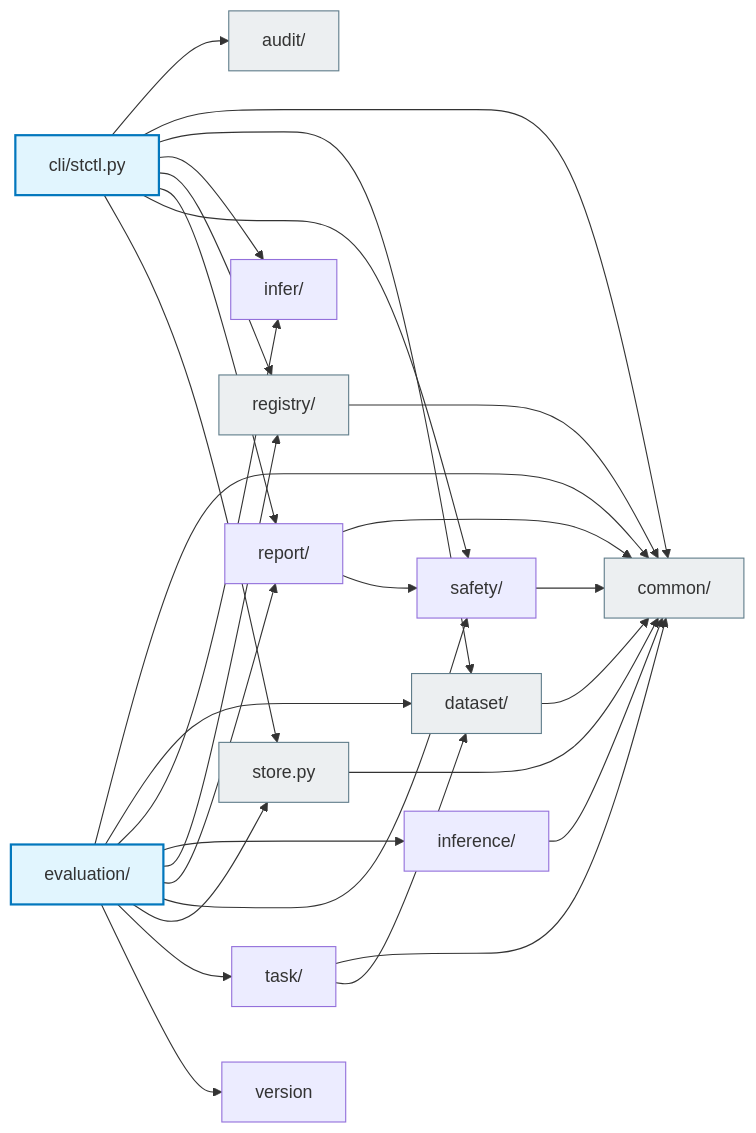
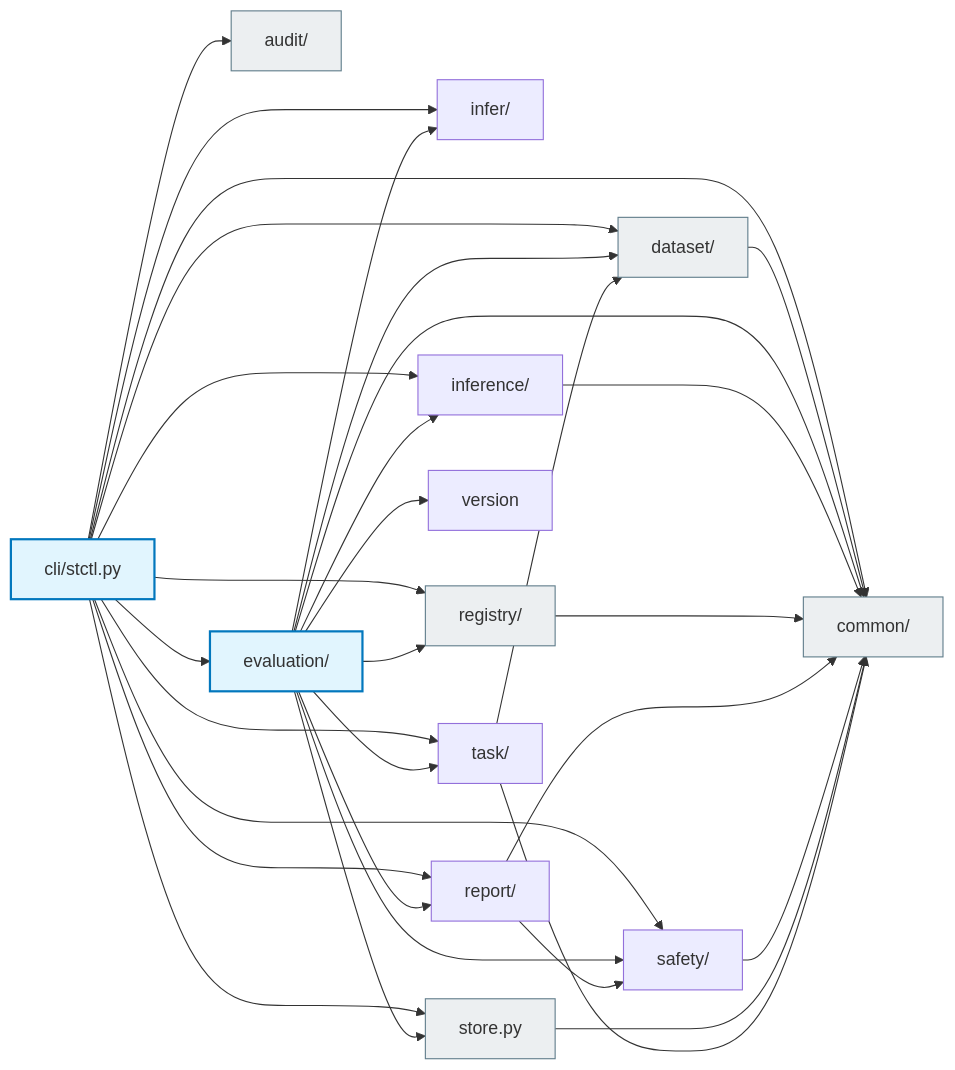
Before and after one commit to buhaiqing/SynthTrial: the fourth of 4 diagrams in docs/design.md, drawn with Mermaid. The commit also changed 12 other files, not shown here.

````diff
--- a/docs/design.md
+++ b/docs/design.md
@@ -398,49 +398,52 @@
 ```mermaid
 flowchart LR
     N_AUDIT["audit/"]
     N_CLI["cli/stctl.py"]
     N_COMMON["common/"]
     N_DATASET["dataset/"]
     N_EVALUATION["evaluation/"]
     N_INFER["infer/"]
     N_INFERENCE["inference/"]
     N_REGISTRY["registry/"]
     N_REPORT["report/"]
     N_SAFETY["safety/"]
     N_STORE["store.py"]
     N_TASK["task/"]
     N_VERSION["version"]
 
     N_CLI --> N_AUDIT
     N_CLI --> N_COMMON
     N_CLI --> N_DATASET
+    N_CLI --> N_EVALUATION
     N_CLI --> N_INFER
+    N_CLI --> N_INFERENCE
     N_CLI --> N_REGISTRY
     N_CLI --> N_REPORT
     N_CLI --> N_SAFETY
     N_CLI --> N_STORE
+    N_CLI --> N_TASK
     N_DATASET --> N_COMMON
     N_EVALUATION --> N_COMMON
     N_EVALUATION --> N_DATASET
     N_EVALUATION --> N_INFER
     N_EVALUATION --> N_INFERENCE
     N_EVALUATION --> N_REGISTRY
     N_EVALUATION --> N_REPORT
     N_EVALUATION --> N_SAFETY
     N_EVALUATION --> N_STORE
     N_EVALUATION --> N_TASK
     N_EVALUATION --> N_VERSION
     N_INFERENCE --> N_COMMON
     N_REGISTRY --> N_COMMON
     N_REPORT --> N_COMMON
     N_REPORT --> N_SAFETY
     N_SAFETY --> N_COMMON
     N_STORE --> N_COMMON
     N_TASK --> N_COMMON
     N_TASK --> N_DATASET
 
     classDef orch fill:#e1f5fe,stroke:#0277bd,stroke-width:2px
     classDef leaf fill:#eceff1,stroke:#607d8b
     class N_CLI,N_EVALUATION orch
     class N_AUDIT,N_COMMON,N_DATASET,N_REGISTRY,N_STORE leaf
 ```
````
